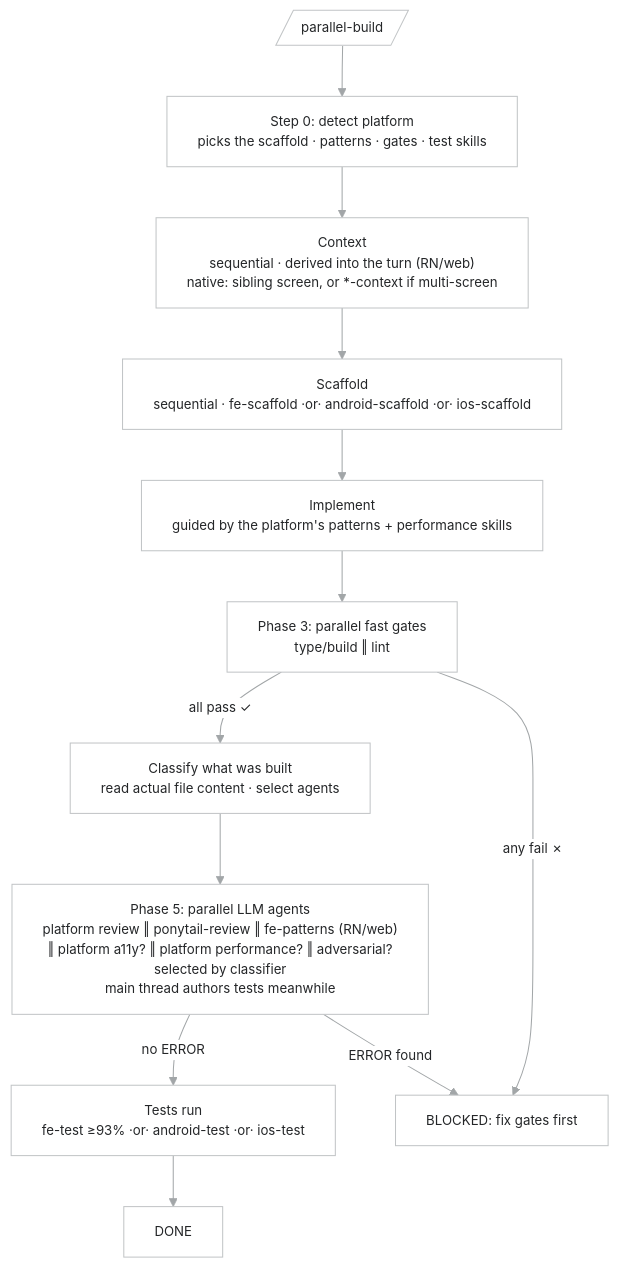
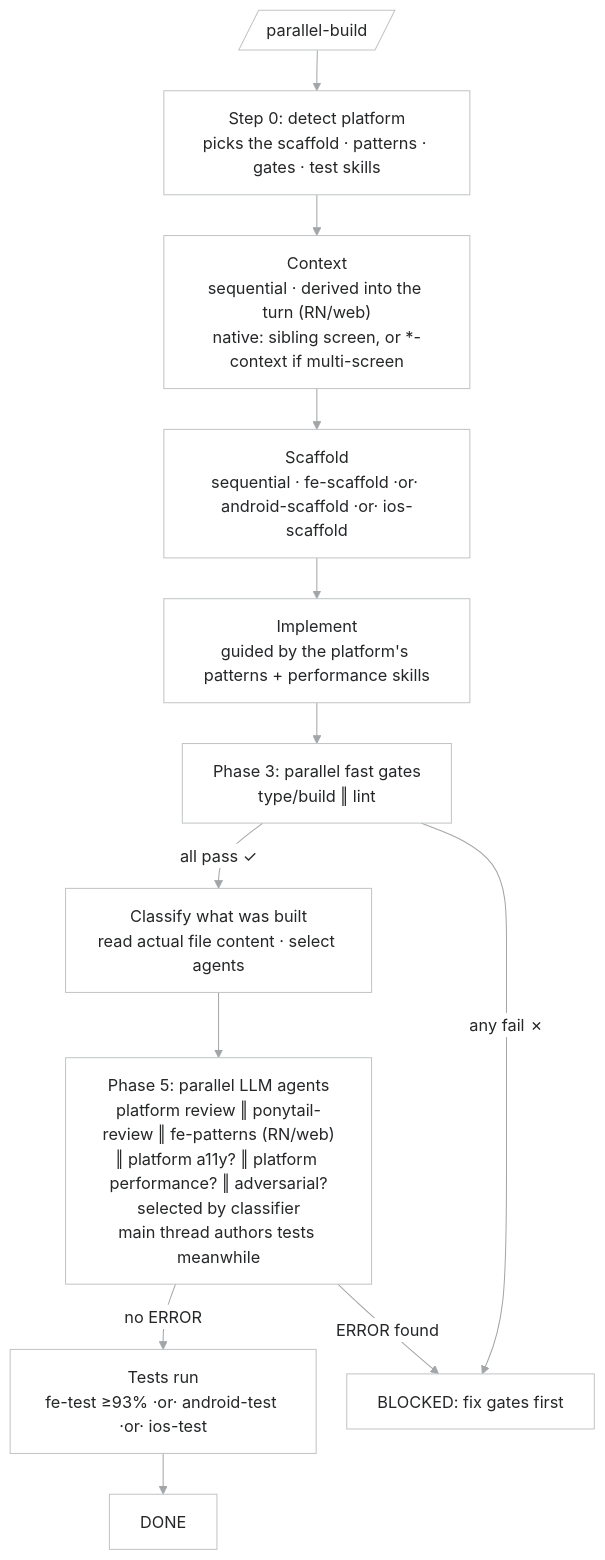
Before and after one commit to raditia/CraftKit: the sixth of 17 diagrams in README.md, drawn with Mermaid. The commit also changed other lines of this file, not shown here.

First line of the commit message:
docs: make README diagrams readable at GitHub width

````diff
--- a/README.md
+++ b/README.md
@@ -483,34 +507,36 @@
 ```mermaid
 ---
 config:
   theme: base
   look: classic
   fontFamily: "-apple-system, BlinkMacSystemFont, Segoe UI, Helvetica, Arial, sans-serif"
   themeVariables:
     fontFamily: "-apple-system, BlinkMacSystemFont, Segoe UI, Helvetica, Arial, sans-serif"
-    fontSize: 13px
+    fontSize: 16px
     primaryColor: "#FFFFFF"
     primaryBorderColor: "#C1C4C6"
     primaryTextColor: "#242628"
     lineColor: "#A2A6A8"
     clusterBkg: "#F5FBFF"
     clusterBorder: "#F0F1F2"
     titleColor: "#707577"
     edgeLabelBackground: "#FFFFFF"
   flowchart:
     curve: basis
-    wrappingWidth: 640
+    wrappingWidth: 240
+    nodeSpacing: 30
+    rankSpacing: 40
 ---
 flowchart TD
-    A[/parallel-build/] --> P["Step 0: detect platform\npicks the scaffold · patterns · gates · test skills"]
-    P --> B["Context\nsequential · derived into the turn (RN/web)\nnative: sibling screen, or *-context if multi-screen"]
-    B --> C["Scaffold\nsequential · fe-scaffold ·or· android-scaffold ·or· ios-scaffold"]
-    C --> D["Implement\nguided by the platform's patterns + performance skills"]
-    D --> E["Phase 3: parallel fast gates\ntype/build ‖ lint"]
-    E -->|all pass ✓| F["Classify what was built\nread actual file content · select agents"]
-    F --> G["Phase 5: parallel LLM agents\nplatform review ‖ ponytail-review ‖ fe-patterns (RN/web)\n‖ platform a11y? ‖ platform performance? ‖ adversarial?\nselected by classifier\nmain thread authors tests meanwhile"]
-    G -->|no ERROR| H["Tests run\nfe-test ≥93% ·or· android-test ·or· ios-test"]
+    A[/parallel-build/] --> P["Step 0: detect platform<br/>picks the scaffold · patterns · gates · test skills"]
+    P --> B["Context<br/>sequential · derived into the turn (RN/web)<br/>native: sibling screen, or *-context if multi-screen"]
+    B --> C["Scaffold<br/>sequential · fe-scaffold ·or· android-scaffold ·or· ios-scaffold"]
+    C --> D["Implement<br/>guided by the platform's patterns + performance skills"]
+    D --> E["Phase 3: parallel fast gates<br/>type/build ‖ lint"]
+    E -->|all pass ✓| F["Classify what was built<br/>read actual file content · select agents"]
+    F --> G["Phase 5: parallel LLM agents<br/>platform review ‖ ponytail-review ‖ fe-patterns (RN/web)<br/>‖ platform a11y? ‖ platform performance? ‖ adversarial?<br/>selected by classifier<br/>main thread authors tests meanwhile"]
+    G -->|no ERROR| H["Tests run<br/>fe-test ≥93% ·or· android-test ·or· ios-test"]
     H --> I[DONE]
     E -->|any fail ✗| J["BLOCKED: fix gates first"]
     G -->|ERROR found| J
 ```
````
